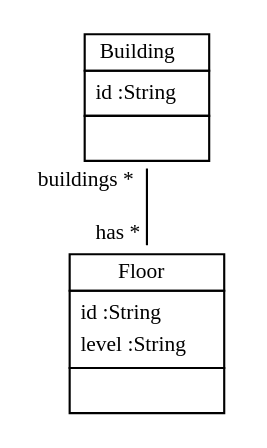
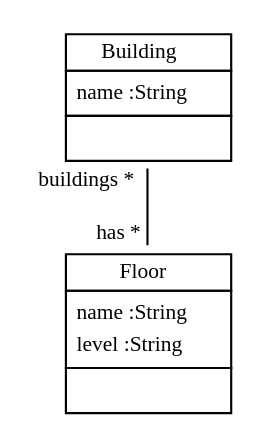
The diagram in doc/DerivedFromGenericObjectsClassDiag.dot (fujaba/SDMLib), drawn with Graphviz before and after one commit. The commit also changed 35 other files, not shown here.

```diff
--- a/doc/DerivedFromGenericObjectsClassDiag.dot
+++ b/doc/DerivedFromGenericObjectsClassDiag.dot
@@ -1,13 +1,13 @@
 
  digraph ClassDiagram {
     node [shape = none, fontsize = 10]; 
     edge [fontsize = 10];
     
     
-    Building [label=<<table border='0' cellborder='1' cellspacing='0'> <tr> <td>Building</td> </tr> <tr><td><table border='0' cellborder='0' cellspacing='0'> <tr><td align='left'>id :String</td></tr>  </table></td></tr> <tr><td><table border='0' cellborder='0' cellspacing='0'> <tr><td> </td></tr> </table></td></tr> </table>>];
-    Floor [label=<<table border='0' cellborder='1' cellspacing='0'> <tr> <td>Floor</td> </tr> <tr><td><table border='0' cellborder='0' cellspacing='0'> <tr><td align='left'>id :String</td></tr> <tr><td align='left'>level :String</td></tr>  </table></td></tr> <tr><td><table border='0' cellborder='0' cellspacing='0'> <tr><td> </td></tr> </table></td></tr> </table>>];
+    Building [label=<<table border='0' cellborder='1' cellspacing='0'> <tr> <td>Building</td> </tr> <tr><td><table border='0' cellborder='0' cellspacing='0'> <tr><td align='left'>name :String</td></tr>  </table></td></tr> <tr><td><table border='0' cellborder='0' cellspacing='0'> <tr><td> </td></tr> </table></td></tr> </table>>];
+    Floor [label=<<table border='0' cellborder='1' cellspacing='0'> <tr> <td>Floor</td> </tr> <tr><td><table border='0' cellborder='0' cellspacing='0'> <tr><td align='left'>name :String</td></tr> <tr><td align='left'>level :String</td></tr>  </table></td></tr> <tr><td><table border='0' cellborder='0' cellspacing='0'> <tr><td> </td></tr> </table></td></tr> </table>>];
     
     
     
     Building -> Floor [headlabel = "has *" taillabel = "buildings *" arrowhead = "none" ];
 }
```
